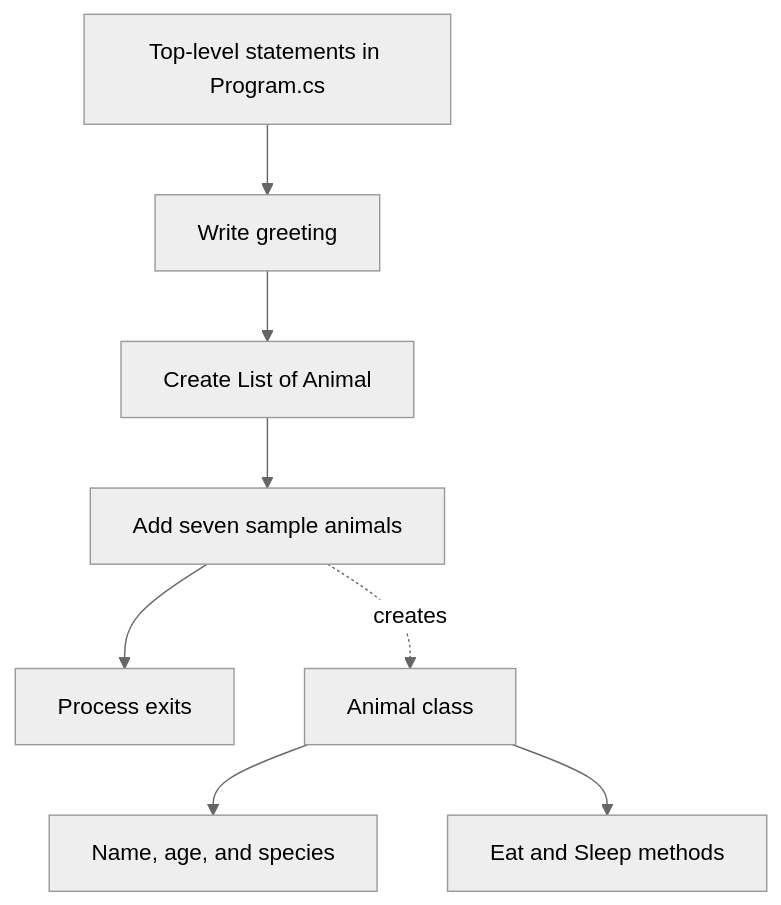
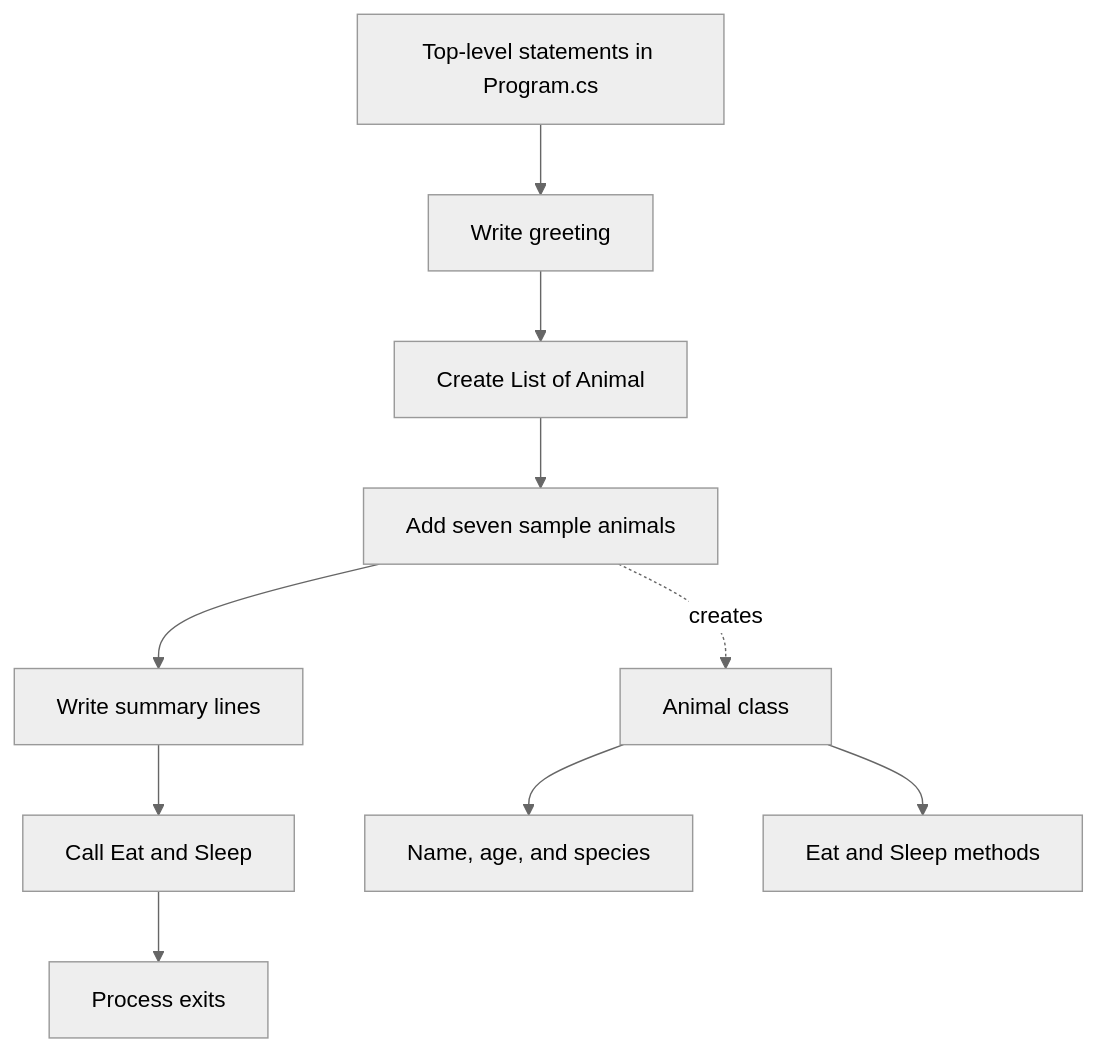
Before and after one commit to sayedimac/2007delete: the diagram in docs/architecture.md, drawn with Mermaid (neutral theme). The commit also changed other lines of this file and 2 other files, not shown here.

Commit message:
Show sample animals in the console

````diff
--- a/docs/architecture.md
+++ b/docs/architecture.md
@@ -11,10 +11,12 @@
 ```mermaid
 flowchart TD
     Entry[Top-level statements in Program.cs] --> Greeting[Write greeting]
     Greeting --> Collection[Create List of Animal]
     Collection --> Samples[Add seven sample animals]
-    Samples --> Exit[Process exits]
+    Samples --> Render[Write summary lines]
+    Render --> Behave[Call Eat and Sleep]
+    Behave --> Exit[Process exits]
     Animal[Animal class] --> Properties[Name, age, and species]
     Animal --> Behaviors[Eat and Sleep methods]
     Samples -. creates .-> Animal
 ```
````
